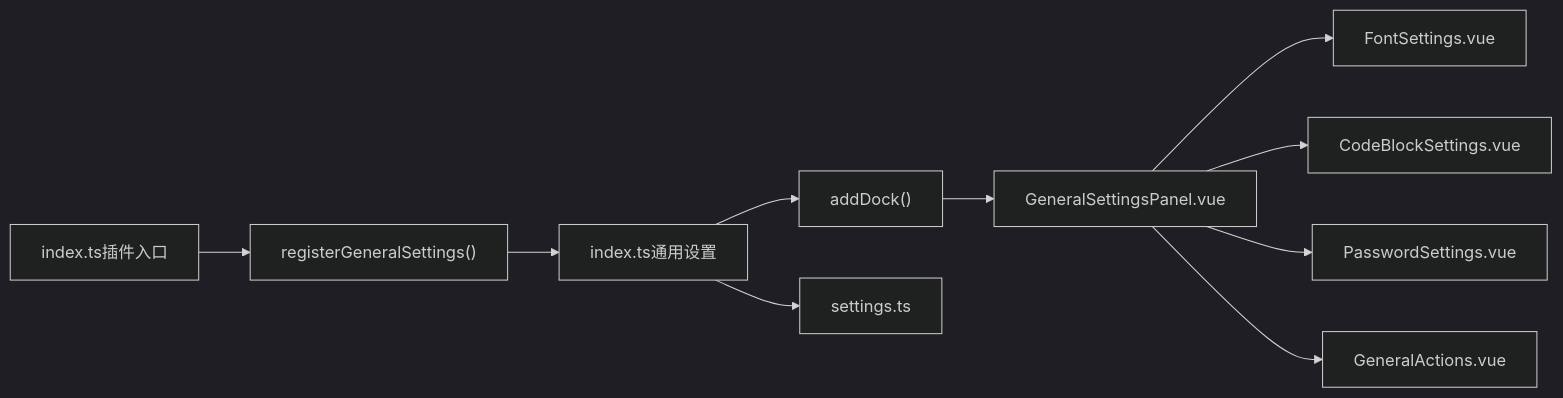
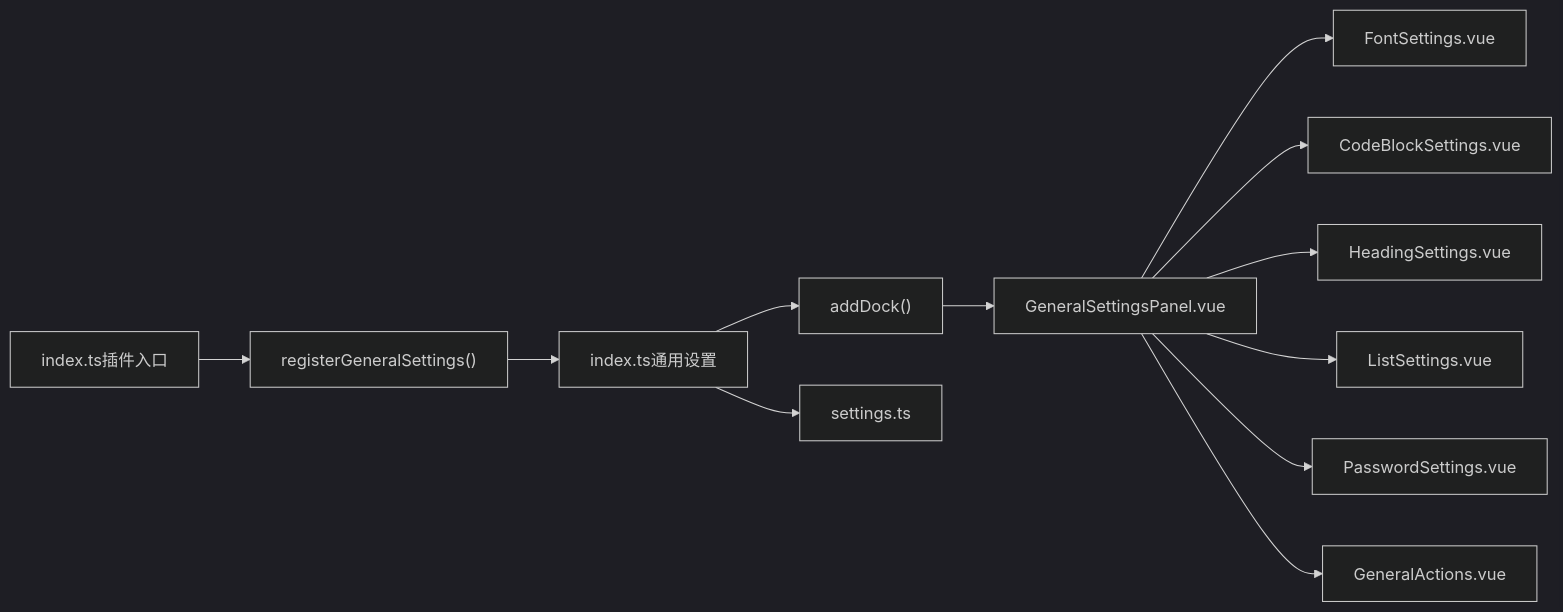
One commit to 851039536/siyuanPluginVueSN changed diagram 14 of 14 in .qoder/repowiki/zh/content/功能模块详解/通用设置.md. Above: the diagram before and after it, drawn with Mermaid (dark theme). The commit also changed other lines of this file and 9 other files, not shown here.

````diff
--- a/.qoder/repowiki/zh/content/功能模块详解/通用设置.md
+++ b/.qoder/repowiki/zh/content/功能模块详解/通用设置.md
@@ -467,12 +616,14 @@
 ```mermaid
 graph LR
 Entry["index.ts插件入口"] --> Reg["registerGeneralSettings()"]
 Reg --> GSIdx["index.ts通用设置"]
 GSIdx --> Dock["addDock()"]
 Dock --> Panel["GeneralSettingsPanel.vue"]
 Panel --> Font["FontSettings.vue"]
 Panel --> Code["CodeBlockSettings.vue"]
+Panel --> Head["HeadingSettings.vue"]
+Panel --> List["ListSettings.vue"]
 Panel --> Pass["PasswordSettings.vue"]
 Panel --> Actions["GeneralActions.vue"]
 GSIdx --> Store["settings.ts"]
 ```
````
